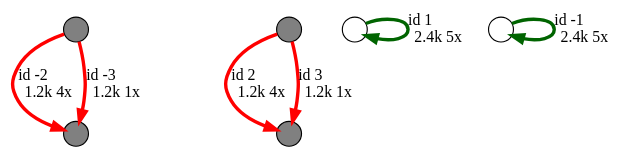
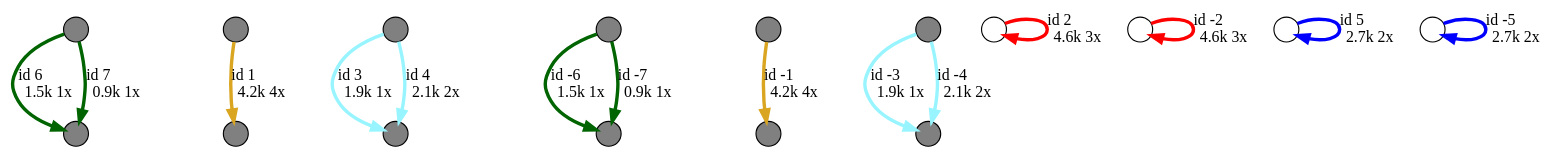
Before and after one commit to GuillaumeLeBerreBIT/ChimereNanoporePipeline: the diagram in workflow/FlyeResults/fastq_runid_211/30-contigger/graph_final.gv, drawn with Graphviz. The commit also changed 33 other files, not shown here.

```diff
--- a/workflow/FlyeResults/fastq_runid_211/30-contigger/graph_final.gv
+++ b/workflow/FlyeResults/fastq_runid_211/30-contigger/graph_final.gv
@@ -1,14 +1,30 @@
 digraph {
 nodesep = 0.5;
 node [shape = circle, label = "", height = 0.3];
 "0" [style = "filled", fillcolor = "grey"];
 "1" [style = "filled", fillcolor = "grey"];
 "2" [style = "filled", fillcolor = "grey"];
 "3" [style = "filled", fillcolor = "grey"];
-"4" -> "4" [label = "id 1\l2.4k 5x", color = "darkgreen" , penwidth = 3] ;
-"5" -> "5" [label = "id -1\l2.4k 5x", color = "darkgreen" , penwidth = 3] ;
-"2" -> "1" [label = "id 2\l1.2k 4x", color = "red" , penwidth = 3] ;
-"0" -> "3" [label = "id -2\l1.2k 4x", color = "red" , penwidth = 3] ;
-"2" -> "1" [label = "id 3\l1.2k 1x", color = "red" , penwidth = 3] ;
-"0" -> "3" [label = "id -3\l1.2k 1x", color = "red" , penwidth = 3] ;
+"4" [style = "filled", fillcolor = "grey"];
+"5" [style = "filled", fillcolor = "grey"];
+"6" [style = "filled", fillcolor = "grey"];
+"7" [style = "filled", fillcolor = "grey"];
+"8" [style = "filled", fillcolor = "grey"];
+"9" [style = "filled", fillcolor = "grey"];
+"10" [style = "filled", fillcolor = "grey"];
+"11" [style = "filled", fillcolor = "grey"];
+"2" -> "4" [label = "id 1\l4.2k 4x", color = "goldenrod" , penwidth = 3] ;
+"7" -> "8" [label = "id -1\l4.2k 4x", color = "goldenrod" , penwidth = 3] ;
+"12" -> "12" [label = "id 2\l4.6k 3x", color = "red" , penwidth = 3] ;
+"13" -> "13" [label = "id -2\l4.6k 3x", color = "red" , penwidth = 3] ;
+"3" -> "6" [label = "id 3\l1.9k 1x", color = "cadetblue1" , penwidth = 3] ;
+"10" -> "11" [label = "id -3\l1.9k 1x", color = "cadetblue1" , penwidth = 3] ;
+"3" -> "6" [label = "id 4\l2.1k 2x", color = "cadetblue1" , penwidth = 3] ;
+"10" -> "11" [label = "id -4\l2.1k 2x", color = "cadetblue1" , penwidth = 3] ;
+"14" -> "14" [label = "id 5\l2.7k 2x", color = "blue" , penwidth = 3] ;
+"15" -> "15" [label = "id -5\l2.7k 2x", color = "blue" , penwidth = 3] ;
+"0" -> "1" [label = "id 6\l1.5k 1x", color = "darkgreen" , penwidth = 3] ;
+"9" -> "5" [label = "id -6\l1.5k 1x", color = "darkgreen" , penwidth = 3] ;
+"0" -> "1" [label = "id 7\l0.9k 1x", color = "darkgreen" , penwidth = 3] ;
+"9" -> "5" [label = "id -7\l0.9k 1x", color = "darkgreen" , penwidth = 3] ;
 }
```
